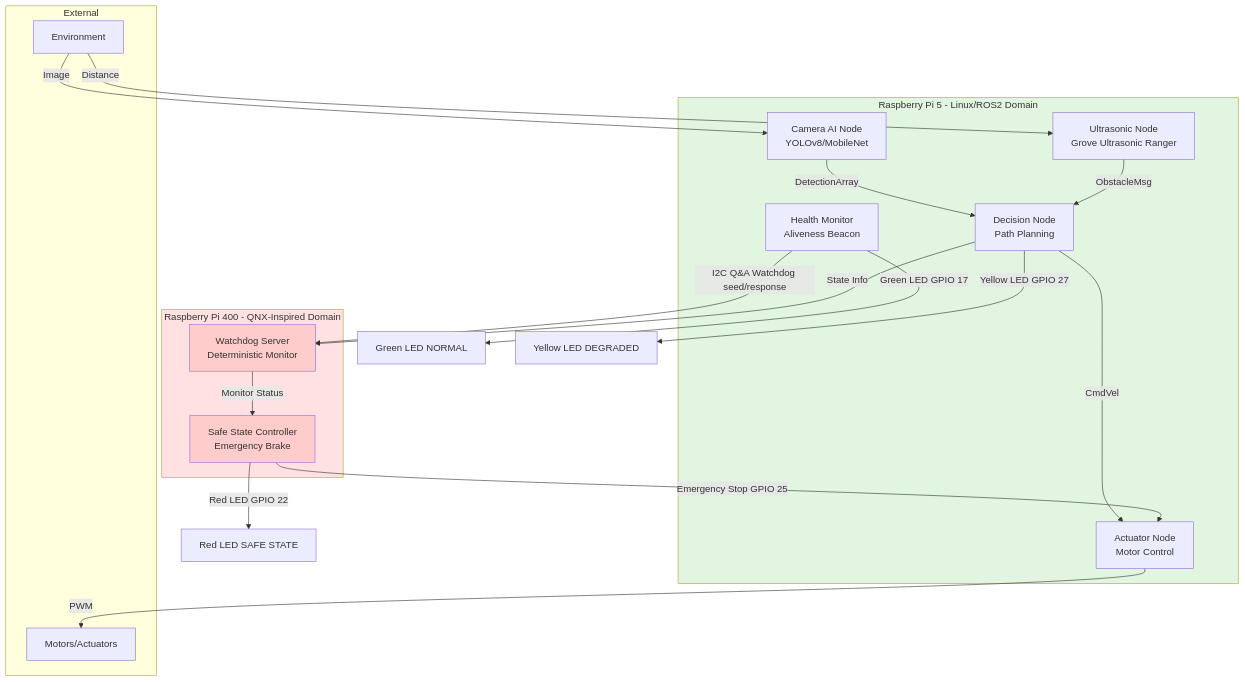
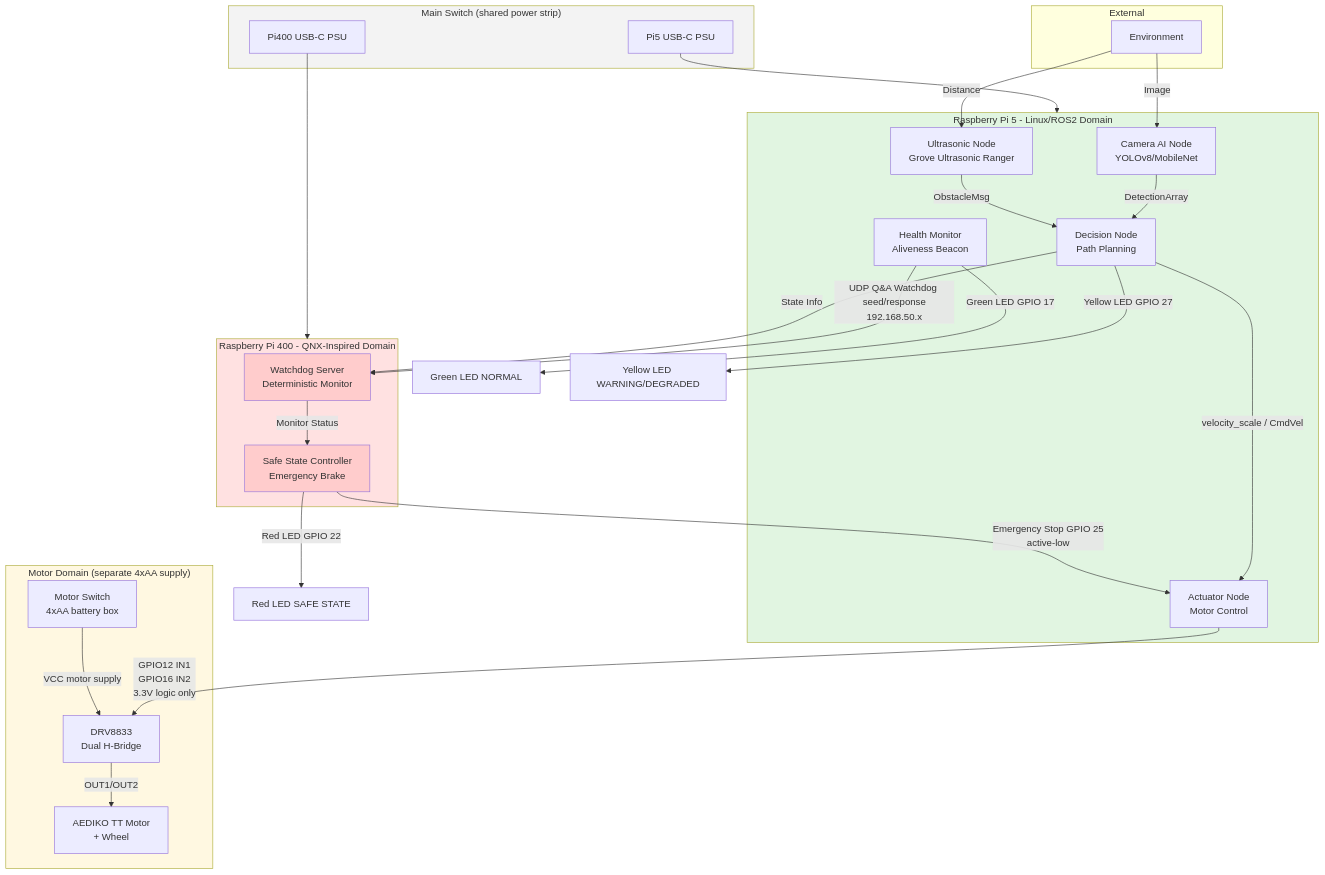
The first of 2 diagrams in docs/architecture.md (tipou82/safety-supervised-edge-ai-demo), drawn with Mermaid before and after one commit. The commit also changed other lines of this file and 8 other files, not shown here.

First line of the commit message:
docs: add DRV8833 motor actuator, Main Switch/Motor Switch concept, startup wiring

````diff
--- a/docs/architecture.md
+++ b/docs/architecture.md
@@ -11,40 +37,56 @@
 ```mermaid
 graph TB
     subgraph Pi5["Raspberry Pi 5 - Linux/ROS2 Domain"]
         Camera[Camera AI Node<br/>YOLOv8/MobileNet]
         Ultra[Ultrasonic Node<br/>Grove Ultrasonic Ranger]
         Decision[Decision Node<br/>Path Planning]
         Actuator[Actuator Node<br/>Motor Control]
         Health[Health Monitor<br/>Aliveness Beacon]
     end
 
     subgraph Pi400["Raspberry Pi 400 - QNX-Inspired Domain"]
         WDG[Watchdog Server<br/>Deterministic Monitor]
         SafeCtrl[Safe State Controller<br/>Emergency Brake]
     end
 
+    subgraph MainSwitch["Main Switch (shared power strip)"]
+        PSU5["Pi5 USB-C PSU"]
+        PSU400["Pi400 USB-C PSU"]
+    end
+
+    subgraph MotorDomain["Motor Domain (separate 4xAA supply)"]
+        MotorSwitch["Motor Switch\n4xAA battery box"]
+        DRV["DRV8833\nDual H-Bridge"]
+        TT["AEDIKO TT Motor\n+ Wheel"]
+    end
+
     subgraph External
         Env[Environment]
-        Motors[Motors/Actuators]
     end
 
+    PSU5 --> Pi5
+    PSU400 --> Pi400
     Env -->|Image| Camera
     Env -->|Distance| Ultra
     Camera -->|DetectionArray| Decision
     Ultra -->|ObstacleMsg| Decision
-    Decision -->|CmdVel| Actuator
-    Actuator -->|PWM| Motors
+    Decision -->|velocity_scale / CmdVel| Actuator
+    Actuator -->|GPIO12 IN1\nGPIO16 IN2\n3.3V logic only| DRV
+    MotorSwitch -->|VCC motor supply| DRV
+    DRV -->|OUT1/OUT2| TT
 
-    Health -->|I2C Q&A Watchdog seed/response| WDG
+    Health -->|UDP Q&A Watchdog seed/response\n192.168.50.x| WDG
     Decision -->|State Info| WDG
     WDG -->|Monitor Status| SafeCtrl
-    SafeCtrl -->|Emergency Stop GPIO 25| Actuator
+    SafeCtrl -->|Emergency Stop GPIO 25\nactive-low| Actuator
     SafeCtrl -->|Red LED GPIO 22| RedLED[Red LED SAFE STATE]
     Health -->|Green LED GPIO 17| GreenLED[Green LED NORMAL]
-    Decision -->|Yellow LED GPIO 27| YellowLED[Yellow LED DEGRADED]
+    Decision -->|Yellow LED GPIO 27| YellowLED[Yellow LED WARNING/DEGRADED]
 
     style Pi5 fill:#e1f5e1
     style Pi400 fill:#ffe1e1
     style WDG fill:#ffcccc
     style SafeCtrl fill:#ffcccc
+    style MotorDomain fill:#fff8e1
+    style MainSwitch fill:#f3f3f3
 ```
````
